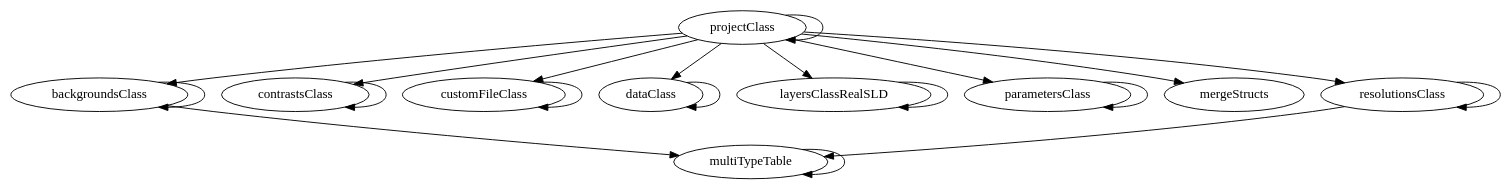
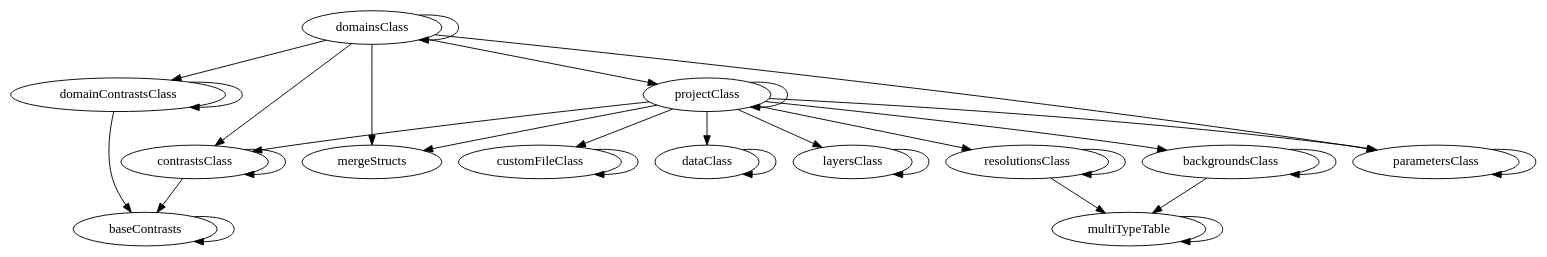
One commit to RascalSoftware/RAT changed the diagram in master/api_reference/API/projectClass/graph.dot. Above: the diagram before and after it, drawn with Graphviz. The commit also changed 241 other files, not shown here.

```diff
--- a/master/api_reference/API/projectClass/graph.dot
+++ b/master/api_reference/API/projectClass/graph.dot
@@ -1,33 +1,46 @@
 /* Created by mdot for Matlab */
 digraph m2html {
   backgroundsClass -> backgroundsClass;
   backgroundsClass -> multiTypeTable;
+  baseContrasts -> baseContrasts;
+  contrastsClass -> baseContrasts;
   contrastsClass -> contrastsClass;
   customFileClass -> customFileClass;
   dataClass -> dataClass;
-  layersClassRealSLD -> layersClassRealSLD;
+  domainContrastsClass -> baseContrasts;
+  domainContrastsClass -> domainContrastsClass;
+  domainsClass -> contrastsClass;
+  domainsClass -> domainContrastsClass;
+  domainsClass -> domainsClass;
+  domainsClass -> mergeStructs;
+  domainsClass -> parametersClass;
+  domainsClass -> projectClass;
+  layersClass -> layersClass;
   multiTypeTable -> multiTypeTable;
   parametersClass -> parametersClass;
   projectClass -> backgroundsClass;
   projectClass -> contrastsClass;
   projectClass -> customFileClass;
   projectClass -> dataClass;
-  projectClass -> layersClassRealSLD;
+  projectClass -> layersClass;
   projectClass -> mergeStructs;
   projectClass -> parametersClass;
   projectClass -> projectClass;
   projectClass -> resolutionsClass;
   resolutionsClass -> multiTypeTable;
   resolutionsClass -> resolutionsClass;
 
   backgroundsClass [URL="backgroundsClass.html"];
+  baseContrasts [URL="baseContrasts.html"];
   contrastsClass [URL="contrastsClass.html"];
   customFileClass [URL="customFileClass.html"];
   dataClass [URL="dataClass.html"];
-  layersClassRealSLD [URL="layersClassRealSLD.html"];
+  domainContrastsClass [URL="domainContrastsClass.html"];
+  domainsClass [URL="domainsClass.html"];
+  layersClass [URL="layersClass.html"];
   mergeStructs [URL="mergeStructs.html"];
   multiTypeTable [URL="multiTypeTable.html"];
   parametersClass [URL="parametersClass.html"];
   projectClass [URL="projectClass.html"];
   resolutionsClass [URL="resolutionsClass.html"];
 }
```
